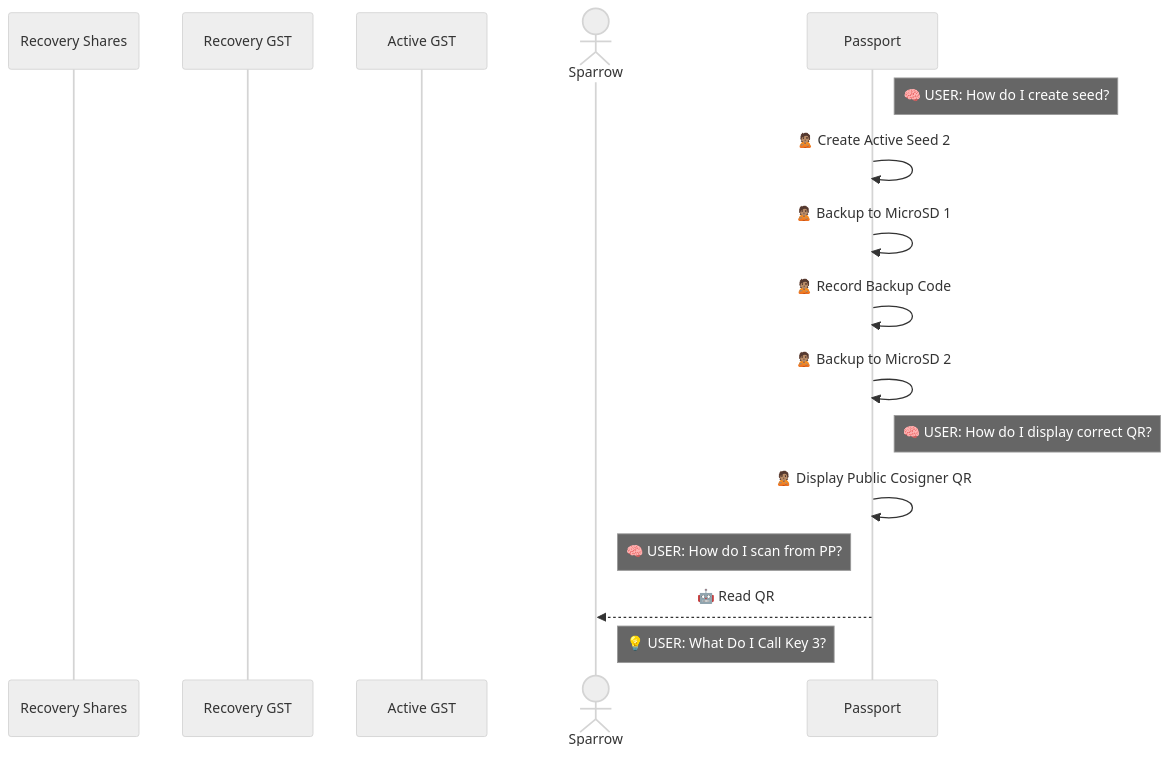
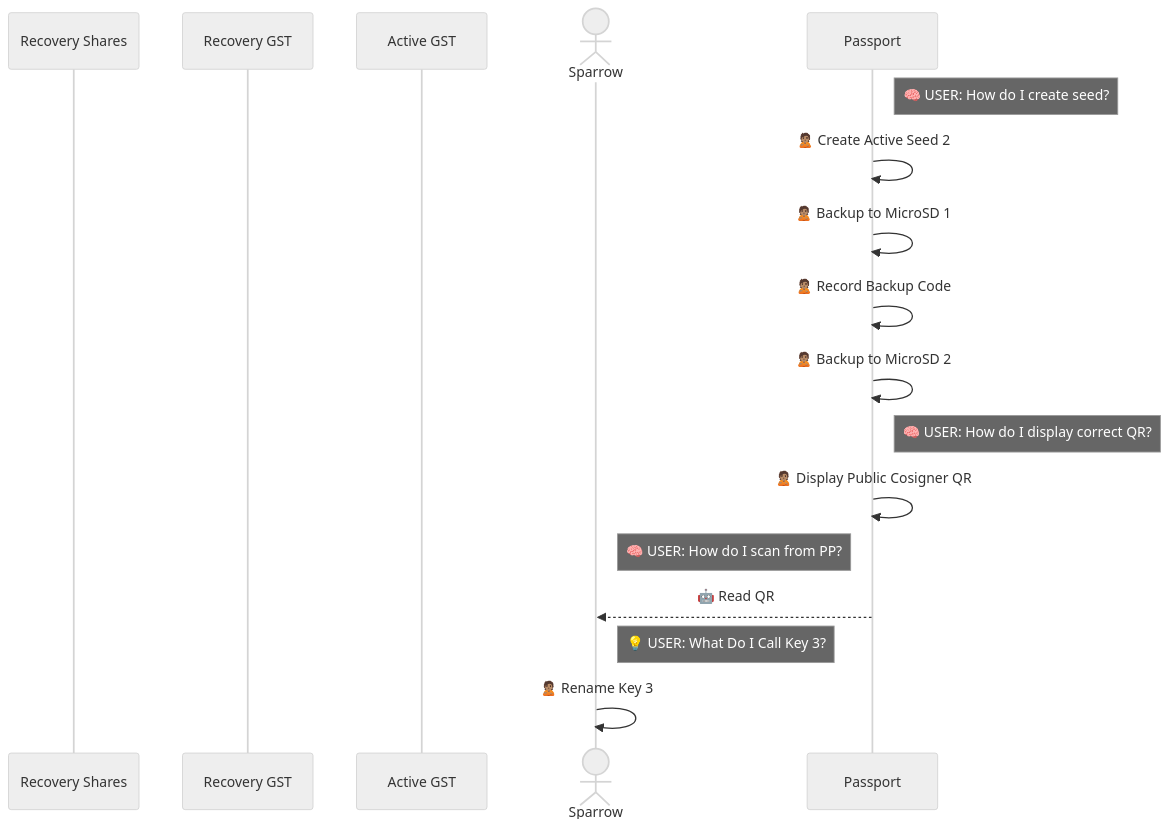
The fourth of 12 diagrams in Docs/Scenario-Multisig-RR.md (BlockchainCommons/SmartCustody), drawn with Mermaid (neutral theme) before and after one commit.

````diff
--- a/Docs/Scenario-Multisig-RR.md
+++ b/Docs/Scenario-Multisig-RR.md
@@ -93,19 +93,20 @@
 ```mermaid
 sequenceDiagram
 participant Rs as Recovery Shares
 participant R as Recovery GST
 participant S1 as Active GST
 actor TC as Sparrow
 participant S2 as Passport
 
 note right of S2: 🧠 USER: How do I create seed?
 S2->>S2: 🙎🏽 Create Active Seed 2
 S2->>S2: 🙎🏽 Backup to MicroSD 1
 S2->>S2: 🙎🏽 Record Backup Code
 S2->>S2: 🙎🏽 Backup to MicroSD 2
 note right of S2: 🧠 USER: How do I display correct QR?
 S2->>S2: 🙎🏽 Display Public Cosigner QR
 note right of TC: 🧠 USER: How do I scan from PP?
 S2-->>TC: 🤖 Read QR
 note right of TC: 💡 USER: What Do I Call Key 3?
+TC->>TC: 🙎🏽 Rename Key 3
 ```
````
